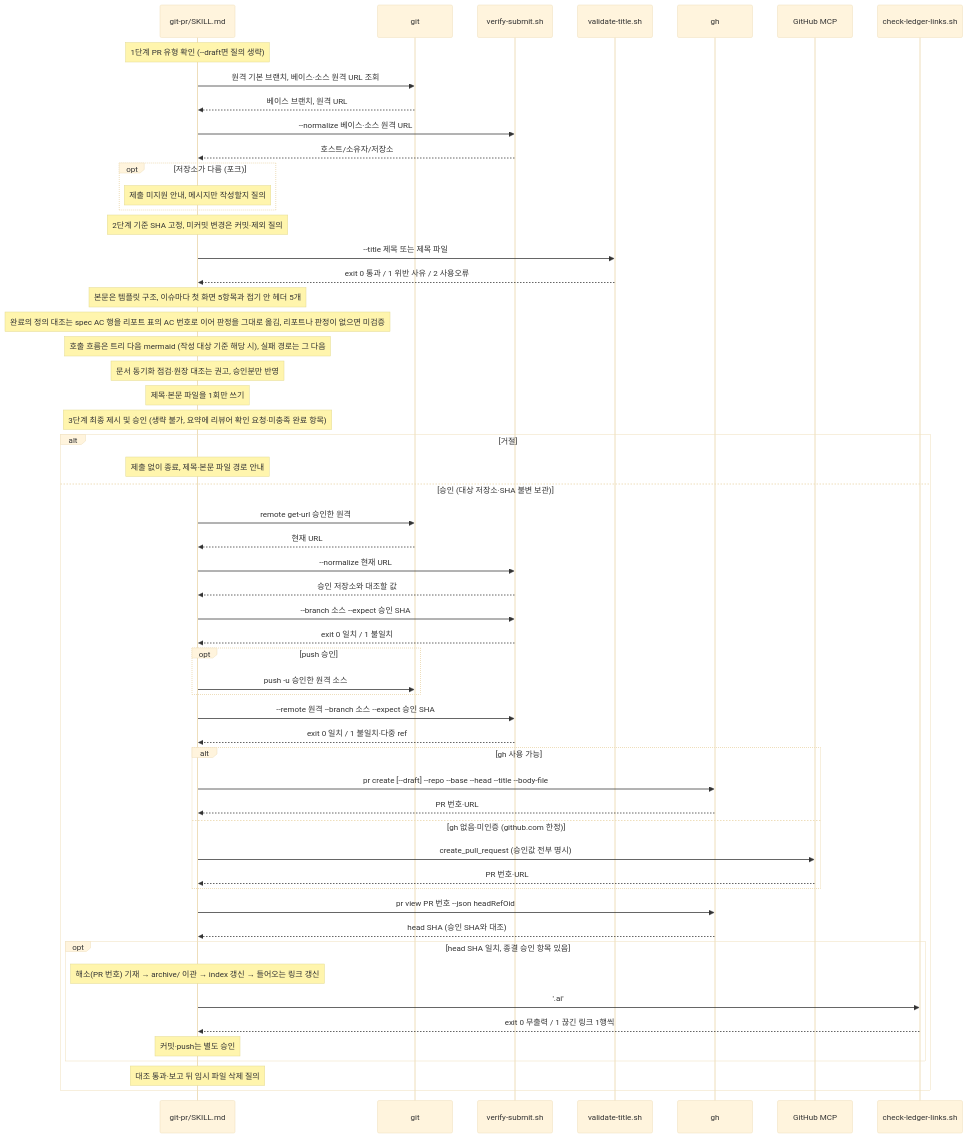
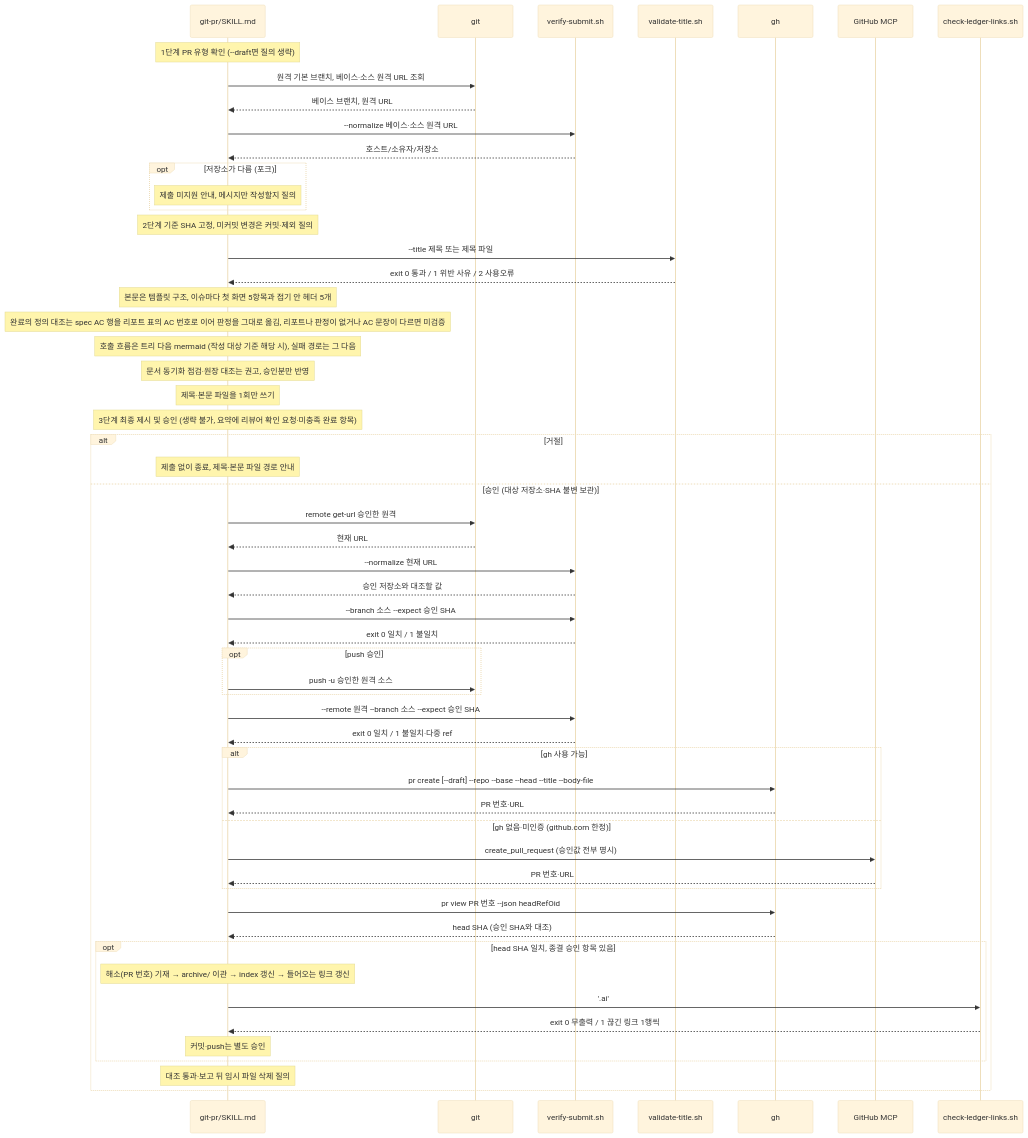
Before and after one commit to scroogy-dev/scroogy-agent-skills: the diagram in .ai/60_codebase/git-pr/submit-call-flow.md, drawn with Mermaid (base theme). The commit also changed other lines of this file and 17 other files, not shown here.

````diff
--- a/.ai/60_codebase/git-pr/submit-call-flow.md
+++ b/.ai/60_codebase/git-pr/submit-call-flow.md
@@ -49,59 +49,59 @@
 ```mermaid
 sequenceDiagram
     participant SK as git-pr/SKILL.md
     participant GIT as git
     participant VS as verify-submit.sh
     participant VT as validate-title.sh
     participant GH as gh
     participant MCP as GitHub MCP
     participant CL as check-ledger-links.sh
 
     Note over SK: 1단계 PR 유형 확인 (--draft면 질의 생략)
     SK->>GIT: 원격 기본 브랜치, 베이스·소스 원격 URL 조회
     GIT-->>SK: 베이스 브랜치, 원격 URL
     SK->>VS: --normalize 베이스·소스 원격 URL
     VS-->>SK: 호스트/소유자/저장소
     opt 저장소가 다름 (포크)
         Note over SK: 제출 미지원 안내, 메시지만 작성할지 질의
     end
     Note over SK: 2단계 기준 SHA 고정, 미커밋 변경은 커밋·제외 질의
     SK->>VT: --title 제목 또는 제목 파일
     VT-->>SK: exit 0 통과 / 1 위반 사유 / 2 사용오류
     Note over SK: 본문은 템플릿 구조, 이슈마다 첫 화면 5항목과 접기 안 헤더 5개
-    Note over SK: 완료의 정의 대조는 spec AC 행을 리포트 표의 AC 번호로 이어 판정을 그대로 옮김, 리포트나 판정이 없으면 미검증
+    Note over SK: 완료의 정의 대조는 spec AC 행을 리포트 표의 AC 번호로 이어 판정을 그대로 옮김, 리포트나 판정이 없거나 AC 문장이 다르면 미검증
     Note over SK: 호출 흐름은 트리 다음 mermaid (작성 대상 기준 해당 시), 실패 경로는 그 다음
     Note over SK: 문서 동기화 점검·원장 대조는 권고, 승인분만 반영
     Note over SK: 제목·본문 파일을 1회만 쓰기
     Note over SK: 3단계 최종 제시 및 승인 (생략 불가, 요약에 리뷰어 확인 요청·미충족 완료 항목)
     alt 거절
         Note over SK: 제출 없이 종료, 제목·본문 파일 경로 안내
     else 승인 (대상 저장소·SHA 불변 보관)
         SK->>GIT: remote get-url 승인한 원격
         GIT-->>SK: 현재 URL
         SK->>VS: --normalize 현재 URL
         VS-->>SK: 승인 저장소와 대조할 값
         SK->>VS: --branch 소스 --expect 승인 SHA
         VS-->>SK: exit 0 일치 / 1 불일치
         opt push 승인
             SK->>GIT: push -u 승인한 원격 소스
         end
         SK->>VS: --remote 원격 --branch 소스 --expect 승인 SHA
         VS-->>SK: exit 0 일치 / 1 불일치·다중 ref
         alt gh 사용 가능
             SK->>GH: pr create [--draft] --repo --base --head --title --body-file
             GH-->>SK: PR 번호·URL
         else gh 없음·미인증 (github.com 한정)
             SK->>MCP: create_pull_request (승인값 전부 명시)
             MCP-->>SK: PR 번호·URL
         end
         SK->>GH: pr view PR 번호 --json headRefOid
         GH-->>SK: head SHA (승인 SHA와 대조)
         opt head SHA 일치, 종결 승인 항목 있음
             Note over SK: 해소(PR 번호) 기재 → archive/ 이관 → index 갱신 → 들어오는 링크 갱신
             SK->>CL: '.ai'
             CL-->>SK: exit 0 무출력 / 1 끊긴 링크 1행씩
             Note over SK: 커밋·push는 별도 승인
         end
         Note over SK: 대조 통과·보고 뒤 임시 파일 삭제 질의
     end
 ```
````
